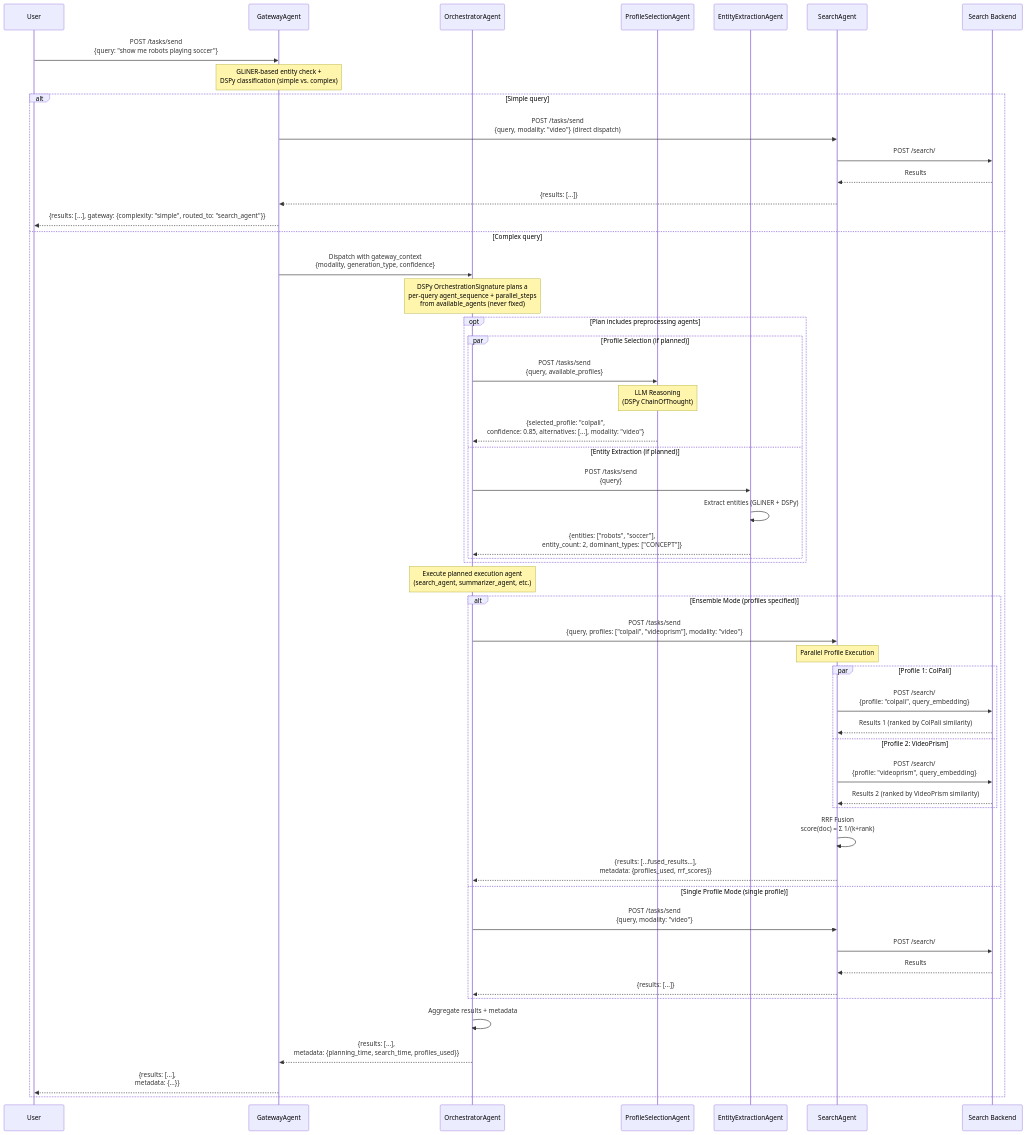
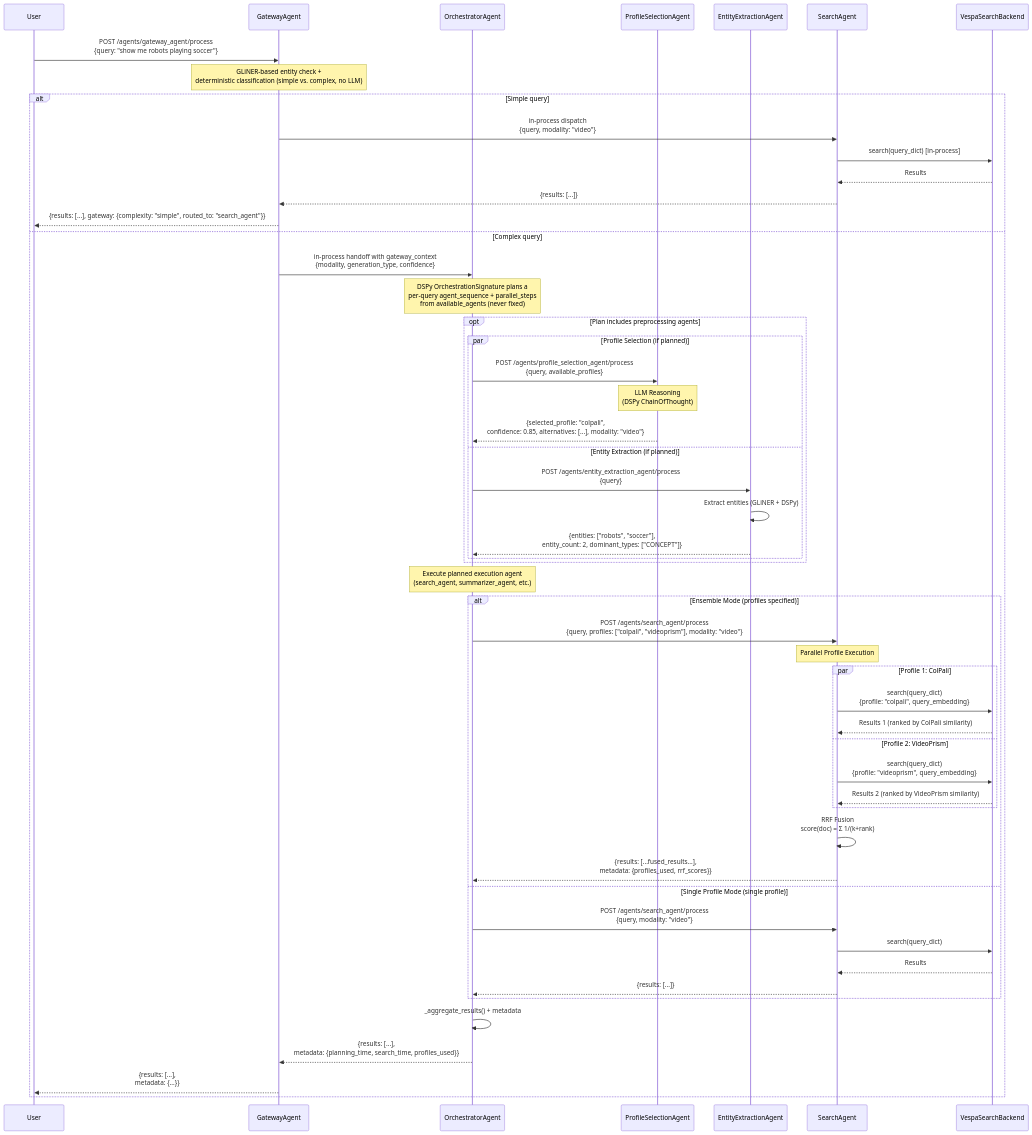
The second of 8 diagrams in docs/architecture/multi-agent-interactions.md (amit-jain/cogniverse), drawn with Mermaid before and after one commit. The commit also changed other lines of this file and 7 other files, not shown here.

First line of the commit message:
Document all 23 agents and convert diagrams to mermaid

````diff
--- a/docs/architecture/multi-agent-interactions.md
+++ b/docs/architecture/multi-agent-interactions.md
@@ -108,65 +163,65 @@
 ```mermaid
 sequenceDiagram
     participant User
     participant Gateway as GatewayAgent
     participant Orch as OrchestratorAgent
     participant Prof as ProfileSelectionAgent
     participant Entity as EntityExtractionAgent
     participant Search as SearchAgent
-    participant Backend as Search Backend
+    participant Backend as VespaSearchBackend
 
-    User->>Gateway: POST /tasks/send<br/>{query: "show me robots playing soccer"}
+    User->>Gateway: POST /agents/gateway_agent/process<br/>{query: "show me robots playing soccer"}
 
-    Note over Gateway: GLiNER-based entity check +<br/>DSPy classification (simple vs. complex)
+    Note over Gateway: GLiNER-based entity check +<br/>deterministic classification (simple vs. complex, no LLM)
 
     alt Simple query
-        Gateway->>Search: POST /tasks/send<br/>{query, modality: "video"} (direct dispatch)
-        Search->>Backend: POST /search/
+        Gateway->>Search: in-process dispatch<br/>{query, modality: "video"}
+        Search->>Backend: search(query_dict) [in-process]
         Backend-->>Search: Results
         Search-->>Gateway: {results: [...]}
         Gateway-->>User: {results: [...], gateway: {complexity: "simple", routed_to: "search_agent"}}
     else Complex query
-        Gateway->>Orch: Dispatch with gateway_context<br/>{modality, generation_type, confidence}
+        Gateway->>Orch: in-process handoff with gateway_context<br/>{modality, generation_type, confidence}
 
         Note over Orch: DSPy OrchestrationSignature plans a<br/>per-query agent_sequence + parallel_steps<br/>from available_agents (never fixed)
 
         opt Plan includes preprocessing agents
             par Profile Selection (if planned)
-                Orch->>Prof: POST /tasks/send<br/>{query, available_profiles}
+                Orch->>Prof: POST /agents/profile_selection_agent/process<br/>{query, available_profiles}
                 Note over Prof: LLM Reasoning<br/>(DSPy ChainOfThought)
                 Prof-->>Orch: {selected_profile: "colpali",<br/>confidence: 0.85, alternatives: [...], modality: "video"}
             and Entity Extraction (if planned)
-                Orch->>Entity: POST /tasks/send<br/>{query}
+                Orch->>Entity: POST /agents/entity_extraction_agent/process<br/>{query}
                 Entity->>Entity: Extract entities (GLiNER + DSPy)
                 Entity-->>Orch: {entities: ["robots", "soccer"],<br/>entity_count: 2, dominant_types: ["CONCEPT"]}
             end
         end
 
         Note over Orch: Execute planned execution agent<br/>(search_agent, summarizer_agent, etc.)
 
         alt Ensemble Mode (profiles specified)
-            Orch->>Search: POST /tasks/send<br/>{query, profiles: ["colpali", "videoprism"], modality: "video"}
+            Orch->>Search: POST /agents/search_agent/process<br/>{query, profiles: ["colpali", "videoprism"], modality: "video"}
 
             Note over Search: Parallel Profile Execution
             par Profile 1: ColPali
-                Search->>Backend: POST /search/<br/>{profile: "colpali", query_embedding}
+                Search->>Backend: search(query_dict)<br/>{profile: "colpali", query_embedding}
                 Backend-->>Search: Results 1 (ranked by ColPali similarity)
             and Profile 2: VideoPrism
-                Search->>Backend: POST /search/<br/>{profile: "videoprism", query_embedding}
+                Search->>Backend: search(query_dict)<br/>{profile: "videoprism", query_embedding}
                 Backend-->>Search: Results 2 (ranked by VideoPrism similarity)
             end
 
             Search->>Search: RRF Fusion<br/>score(doc) = Σ 1/(k+rank)
             Search-->>Orch: {results: [...fused_results...],<br/>metadata: {profiles_used, rrf_scores}}
         else Single Profile Mode (single profile)
-            Orch->>Search: POST /tasks/send<br/>{query, modality: "video"}
-            Search->>Backend: POST /search/
+            Orch->>Search: POST /agents/search_agent/process<br/>{query, modality: "video"}
+            Search->>Backend: search(query_dict)
             Backend-->>Search: Results
             Search-->>Orch: {results: [...]}
         end
 
-        Orch->>Orch: Aggregate results + metadata
+        Orch->>Orch: _aggregate_results() + metadata
         Orch-->>Gateway: {results: [...],<br/>metadata: {planning_time, search_time, profiles_used}}
         Gateway-->>User: {results: [...],<br/>metadata: {...}}
     end
 ```
````
